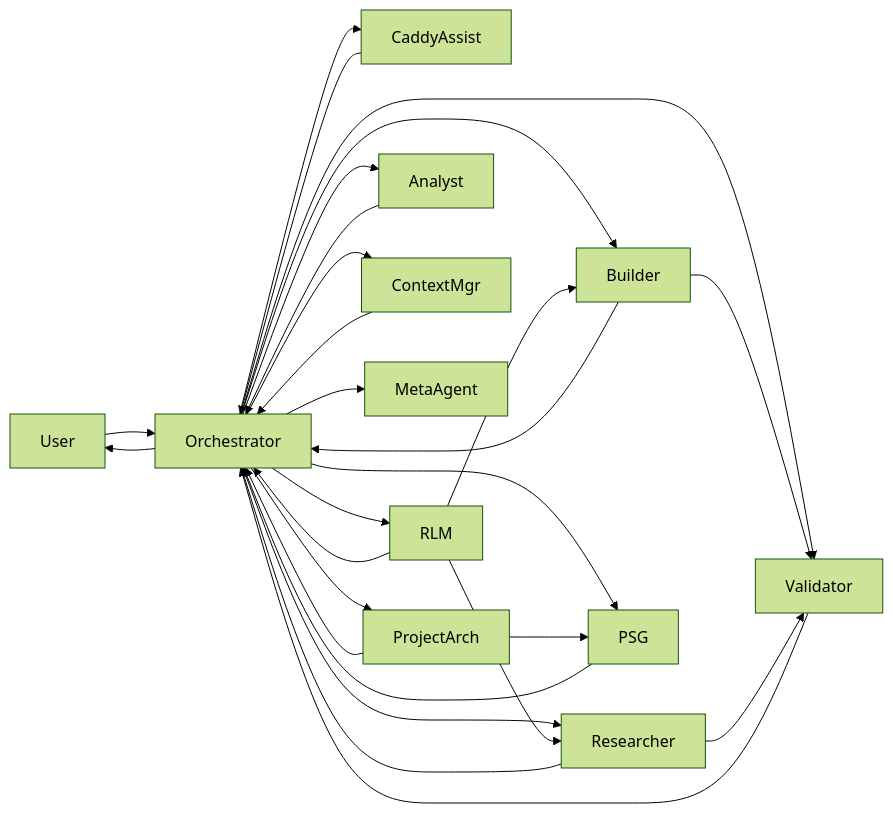
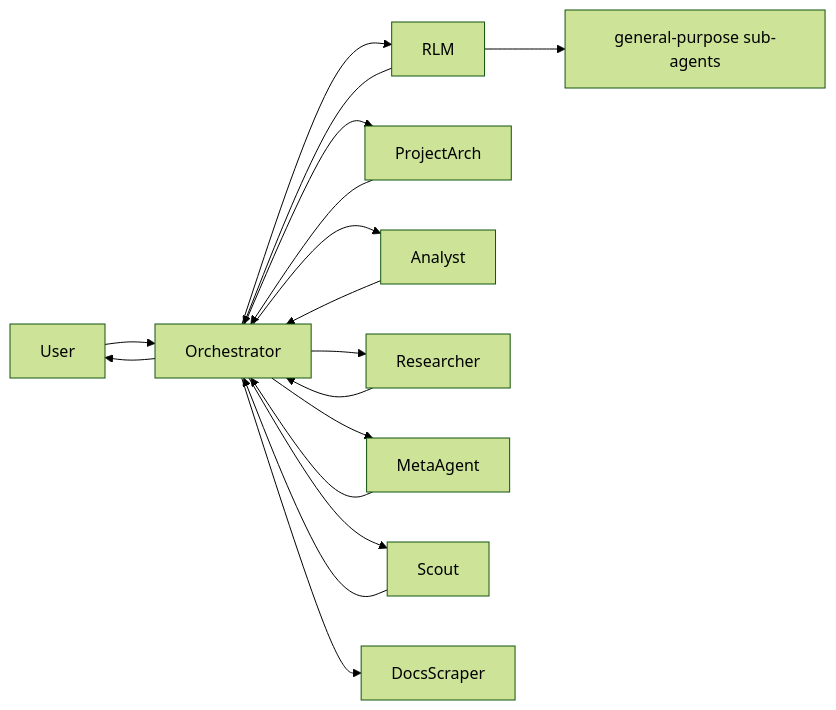
The second of 4 diagrams in docs/ROLES_AND_RESPONSIBILITIES.md (abujiletsgo/claude-agentic-framework), drawn with Mermaid (forest theme) before and after one commit. The commit also changed other lines of this file and 3 other files, not shown here.

First line of the commit message:
docs: fix stale agent/hook counts, add RLM explanation, update roles doc

````diff
--- a/docs/ROLES_AND_RESPONSIBILITIES.md
+++ b/docs/ROLES_AND_RESPONSIBILITIES.md
@@ -416,35 +270,23 @@
 ```mermaid
 graph LR
     User --> Orchestrator
 
-    Orchestrator --> CaddyAssist
     Orchestrator --> RLM
     Orchestrator --> ProjectArch
     Orchestrator --> Analyst
-    Orchestrator --> Builder
     Orchestrator --> Researcher
-    Orchestrator --> ContextMgr
-    Orchestrator --> PSG
     Orchestrator --> MetaAgent
-    Orchestrator --> Validator
+    Orchestrator --> Scout
+    Orchestrator --> DocsScraper
 
-    RLM --> Researcher
-    RLM --> Builder
+    RLM --> SubAgents[general-purpose sub-agents]
 
-    ProjectArch --> PSG
-
-    Builder --> Validator
-    Researcher --> Validator
-
-    CaddyAssist --> Orchestrator
     Analyst --> Orchestrator
     RLM --> Orchestrator
     ProjectArch --> Orchestrator
-    Builder --> Orchestrator
     Researcher --> Orchestrator
-    ContextMgr --> Orchestrator
-    PSG --> Orchestrator
-    Validator --> Orchestrator
+    MetaAgent --> Orchestrator
+    Scout --> Orchestrator
 
     Orchestrator --> User
 ```
````
